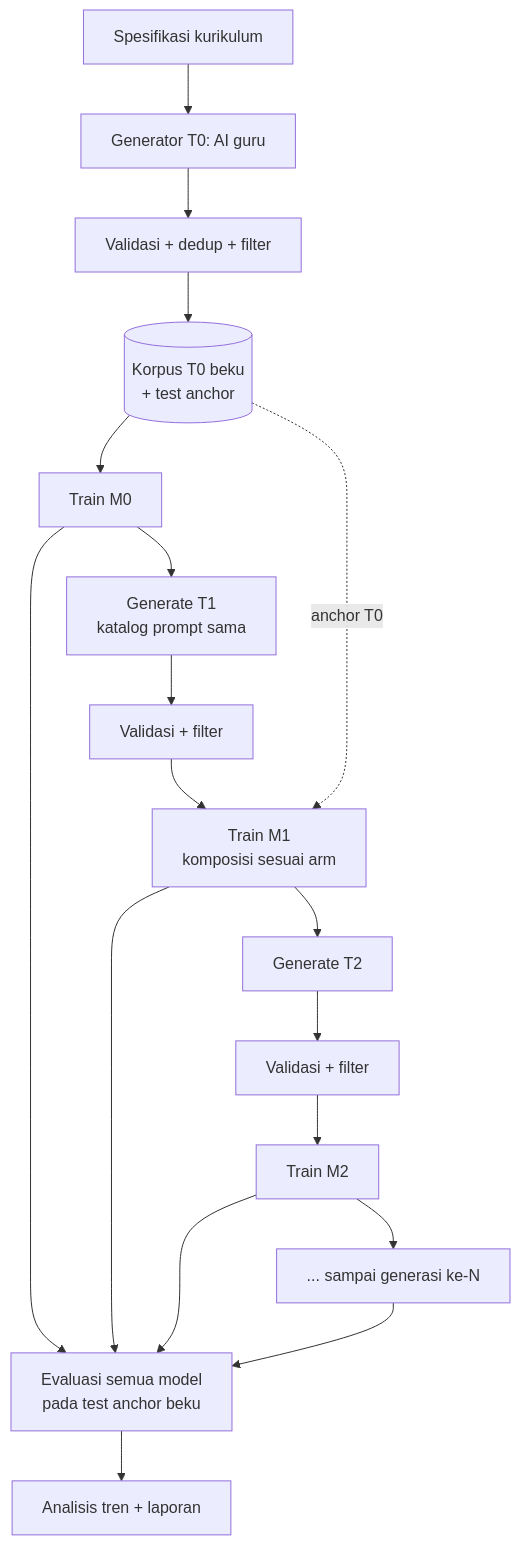
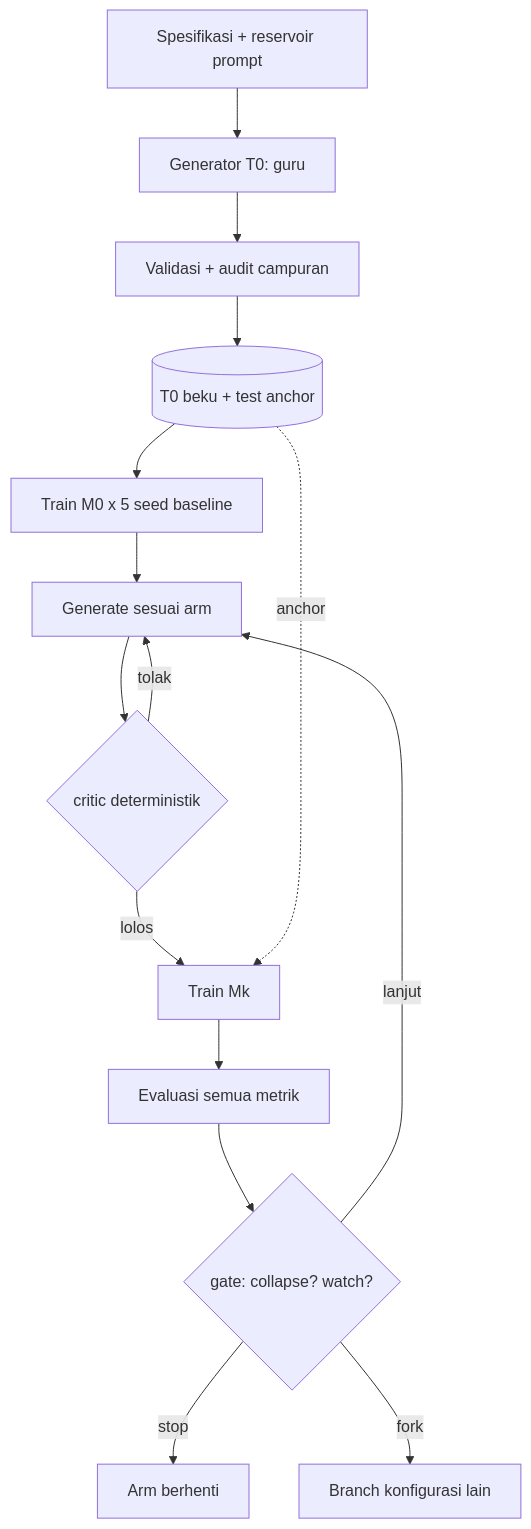
Before and after one commit to aktamamuska2-arch/langgraph-for-arena-ai-: the diagram in experiments/ai-belajar-dari-ai/PLAN.md, drawn with Mermaid. The commit also changed other lines of this file and 4 other files, not shown here.

````diff
--- a/experiments/ai-belajar-dari-ai/PLAN.md
+++ b/experiments/ai-belajar-dari-ai/PLAN.md
@@ -102,20 +122,17 @@
 ```mermaid
 flowchart TD
-    S[Spesifikasi kurikulum] --> G0[Generator T0: AI guru]
-    G0 --> V0[Validasi + dedup + filter]
-    V0 --> A0[(Korpus T0 beku<br/>+ test anchor)]
-    A0 --> T0M[Train M0]
-    T0M --> GEN1[Generate T1<br/>katalog prompt sama]
-    GEN1 --> V1[Validasi + filter]
-    V1 --> T1M[Train M1<br/>komposisi sesuai arm]
-    A0 -.->|anchor T0| T1M
-    T1M --> GEN2[Generate T2]
-    GEN2 --> V2[Validasi + filter]
-    V2 --> T2M[Train M2]
-    T2M --> DOTS[... sampai generasi ke-N]
-    T0M --> E[Evaluasi semua model<br/>pada test anchor beku]
-    T1M --> E
-    T2M --> E
-    DOTS --> E
-    E --> R[Analisis tren + laporan]
+    S[Spesifikasi + reservoir prompt] --> G0[Generator T0: guru]
+    G0 --> V0[Validasi + audit campuran]
+    V0 --> A0[(T0 beku + test anchor)]
+    A0 --> T0M[Train M0 x 5 seed baseline]
+    T0M --> GEN[Generate sesuai arm]
+    GEN --> CR{critic deterministik}
+    CR -->|lolos| TR[Train Mk]
+    CR -->|tolak| GEN
+    TR --> EV[Evaluasi semua metrik]
+    EV --> GATE{gate: collapse? watch?}
+    GATE -->|lanjut| GEN
+    GATE -->|stop| STOP[Arm berhenti]
+    GATE -->|fork| BR[Branch konfigurasi lain]
+    A0 -.->|anchor| TR
 ```
````
